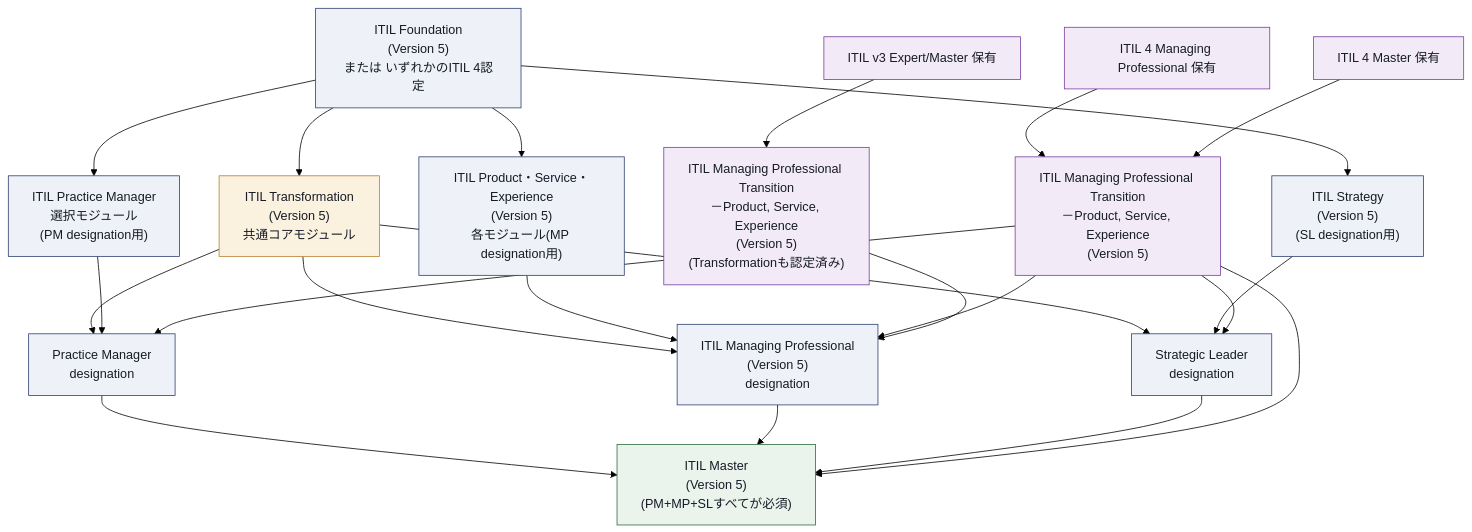
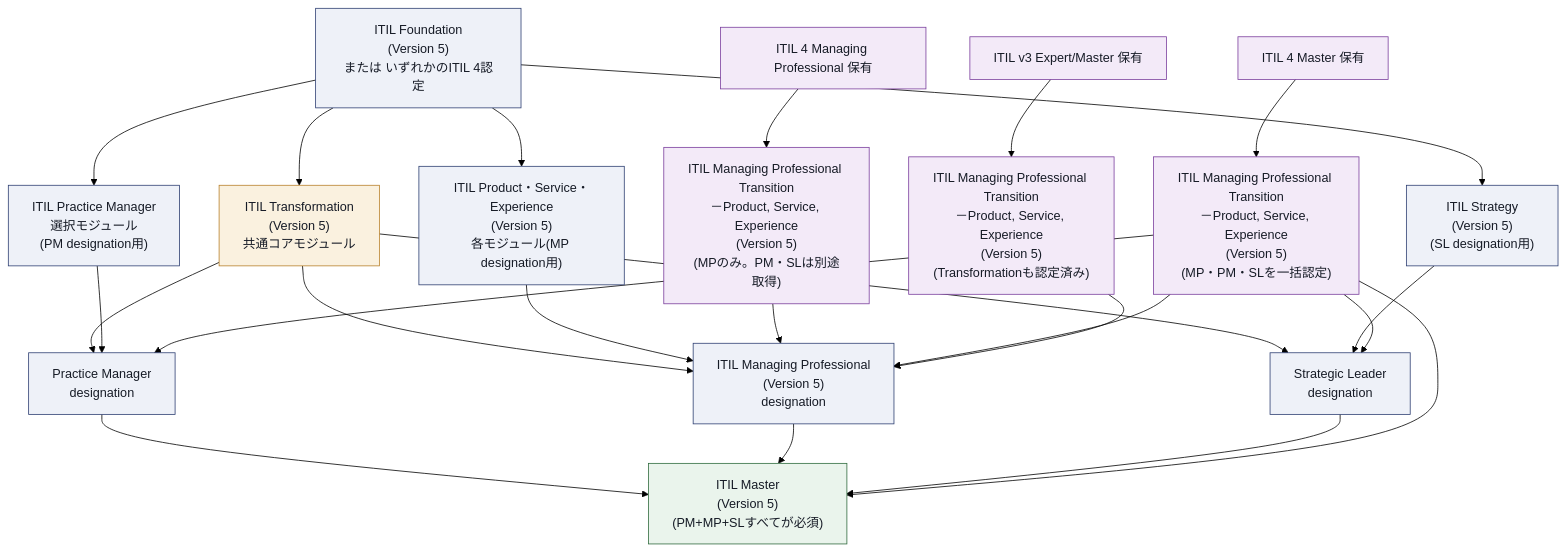
Before and after one commit to myoshi2891/Management-Team-Building-Studies: the first of 15 diagrams in Itil-transformation-v5-study-guide.md, drawn with Mermaid (forest theme). The commit also changed 2 other files, not shown here.

Commit message:
docs(itil): distinguish ITIL 4 MP and Master transition routes and add Cynefin domain terms

````diff
--- a/Itil-transformation-v5-study-guide.md
+++ b/Itil-transformation-v5-study-guide.md
@@ -77,36 +77,38 @@
 ```mermaid
 flowchart TD
     F["ITIL Foundation<br/>(Version 5)<br/>または いずれかのITIL 4認定"] --> T["ITIL Transformation<br/>(Version 5)<br/>共通コアモジュール"]
     F --> PSE["ITIL Product・Service・Experience<br/>(Version 5)<br/>各モジュール(MP designation用)"]
     F --> PMM["ITIL Practice Manager<br/>選択モジュール<br/>(PM designation用)"]
     F --> STRAT["ITIL Strategy<br/>(Version 5)<br/>(SL designation用)"]
     T --> PM["Practice Manager<br/>designation"]
     PMM --> PM
     T --> MP["ITIL Managing Professional<br/>(Version 5)<br/>designation"]
     PSE --> MP
     T --> SL["Strategic Leader<br/>designation"]
     STRAT --> SL
     PM --> MASTER["ITIL Master<br/>(Version 5)<br/>(PM+MP+SLすべてが必須)"]
     MP --> MASTER
     SL --> MASTER
 
-    EXISTMP4["ITIL 4 Managing Professional 保有"] --> MPT4["ITIL Managing Professional Transition<br/>－Product, Service, Experience<br/>(Version 5)"]
-    EXIST4["ITIL 4 Master 保有"] --> MPT4
-    MPT4 --> MP
-    MPT4 --> PM
-    MPT4 --> SL
-    MPT4 --> MASTER
+    EXISTMP4["ITIL 4 Managing Professional 保有"] --> MPT4MP["ITIL Managing Professional Transition<br/>－Product, Service, Experience<br/>(Version 5)<br/>(MPのみ。PM・SLは別途取得)"]
+    MPT4MP --> MP
+
+    EXIST4["ITIL 4 Master 保有"] --> MPT4M["ITIL Managing Professional Transition<br/>－Product, Service, Experience<br/>(Version 5)<br/>(MP・PM・SLを一括認定)"]
+    MPT4M --> MP
+    MPT4M --> PM
+    MPT4M --> SL
+    MPT4M --> MASTER
 
     EXISTV3["ITIL v3 Expert/Master 保有"] --> MPTV3["ITIL Managing Professional Transition<br/>－Product, Service, Experience<br/>(Version 5)<br/>(Transformationも認定済み)"]
     MPTV3 --> MP
 
     classDef box fill:#EEF1F8,stroke:#2E3F72,color:#161B26
     classDef hub fill:#FAF1DF,stroke:#B8802A,color:#161B26
     classDef alt fill:#F3EAF8,stroke:#7A3E9D,color:#161B26
     classDef done fill:#EAF4EC,stroke:#2F6B3D,color:#161B26
     class F,PSE,PMM,STRAT box
     class T hub
     class PM,MP,SL box
     class MASTER done
-    class EXISTMP4,EXIST4,MPT4,EXISTV3,MPTV3 alt
+    class EXISTMP4,MPT4MP,EXIST4,MPT4M,EXISTV3,MPTV3 alt
 ```
````
